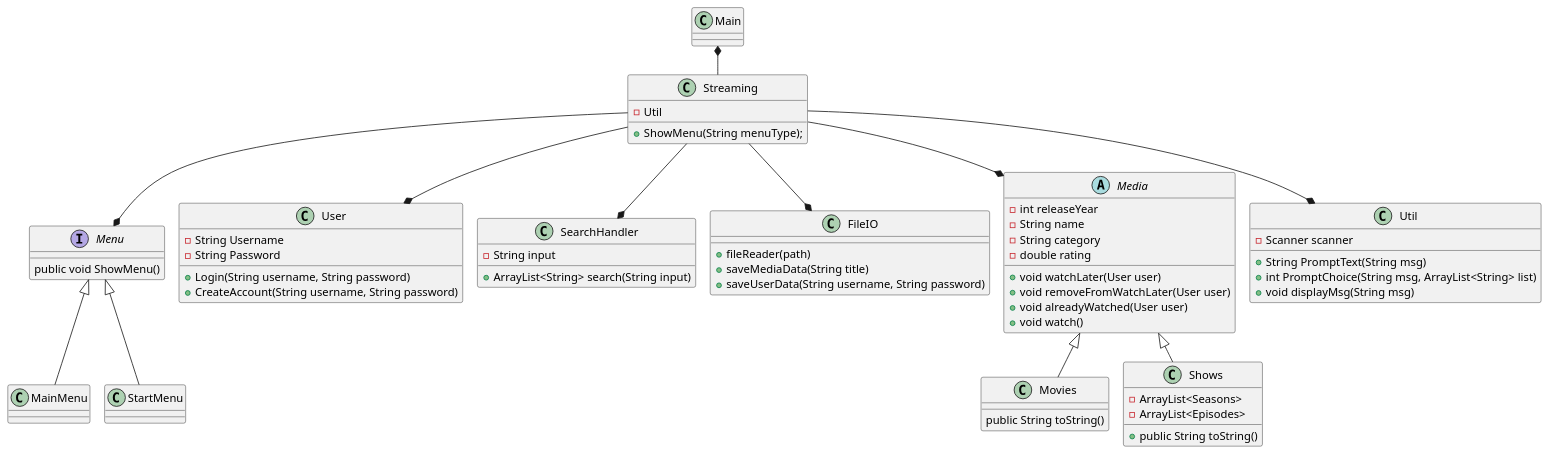
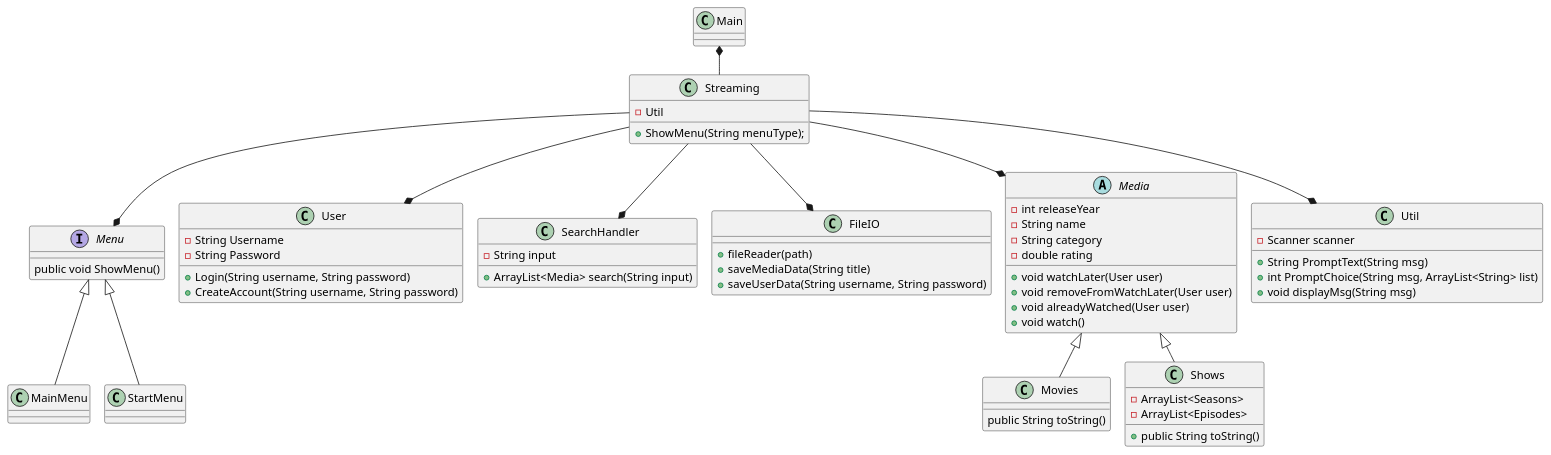
The diagram in Docs/ClassDiagram.puml (ValdemarLarsen02/SP3GruppeD), drawn with PlantUML before and after one commit. The commit also changed 1 other file, not shown here.

```diff
--- a/Docs/ClassDiagram.puml
+++ b/Docs/ClassDiagram.puml
@@ -1,78 +1,78 @@
 @startuml
 !pragma layout smetana
 
 Class Main{
 }
 
 Interface Menu{
 public void ShowMenu()
 }
 
 
 
 Class Streaming {
     -Util
     + ShowMenu(String menuType);
 }
 
 Class User{
 - String Username
 - String Password
 + Login(String username, String password)
 + CreateAccount(String username, String password)
 }
 
 Class SearchHandler {
 - String input
-+ ArrayList<String> search(String input)
++ ArrayList<Media> search(String input)
 }
 
 Class FileIO{
 + fileReader(path)
 + saveMediaData(String title)
 + saveUserData(String username, String password)
 }
 
 Abstract Media{
 - int releaseYear
 - String name
 - String category
 - double rating
 + void watchLater(User user)
 + void removeFromWatchLater(User user)
 + void alreadyWatched(User user)
 + void watch()
 }
 
 Class Util{
 - Scanner scanner
 + String PromptText(String msg)
 + int PromptChoice(String msg, ArrayList<String> list)
 + void displayMsg(String msg)
 }
 
 Class Movies{
 public String toString()
 }
 
 Class Shows{
 - ArrayList<Seasons>
 - ArrayList<Episodes>
 + public String toString()
 }
 
 Main *-- Streaming
 Streaming--* User
 Streaming --* FileIO
 Streaming --* Menu
 Menu <|-- MainMenu
 Menu <|-- StartMenu
 Streaming --* Media
 Media <|-- Movies
 Media <|-- Shows
 Streaming --* SearchHandler
 Streaming --* Util
 
 
 
 @enduml
```
